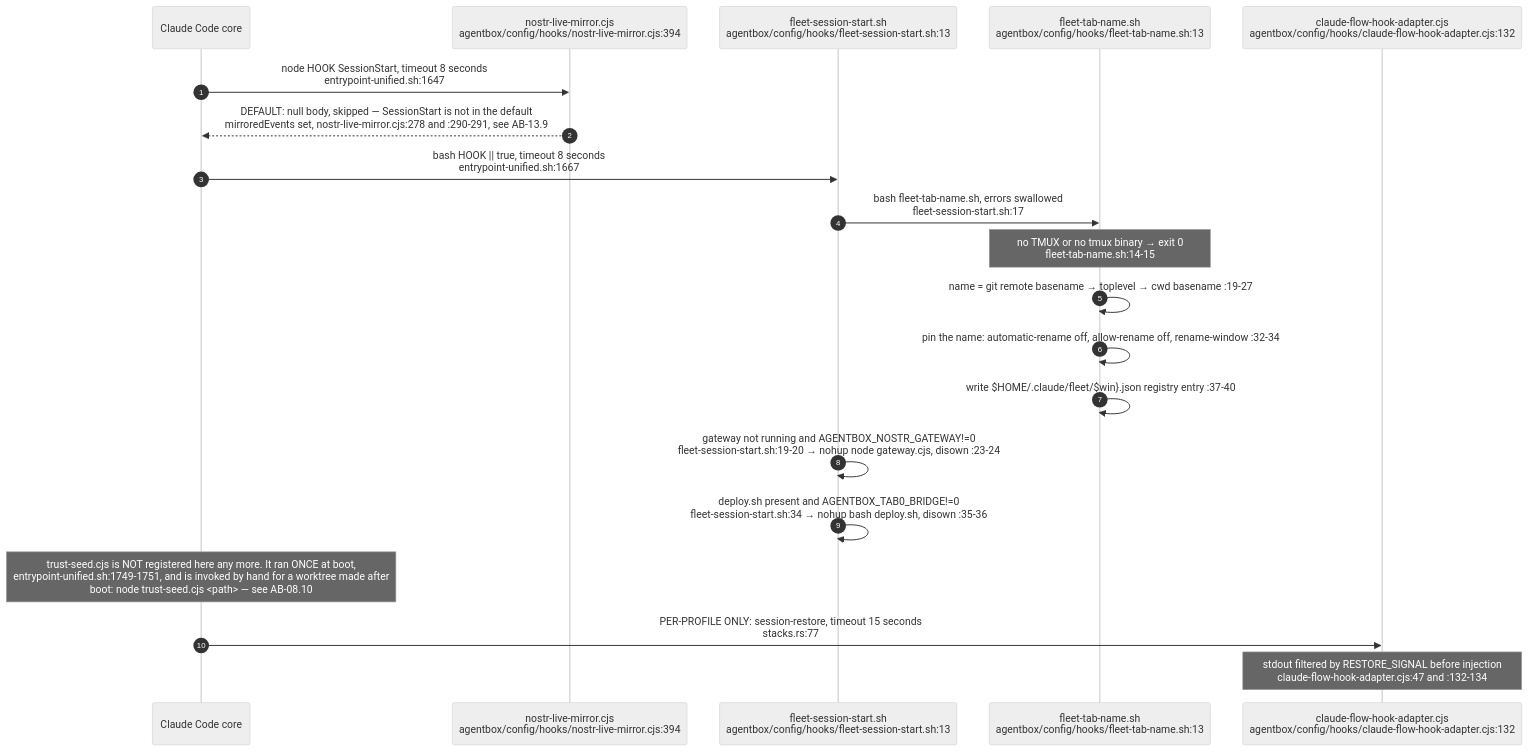
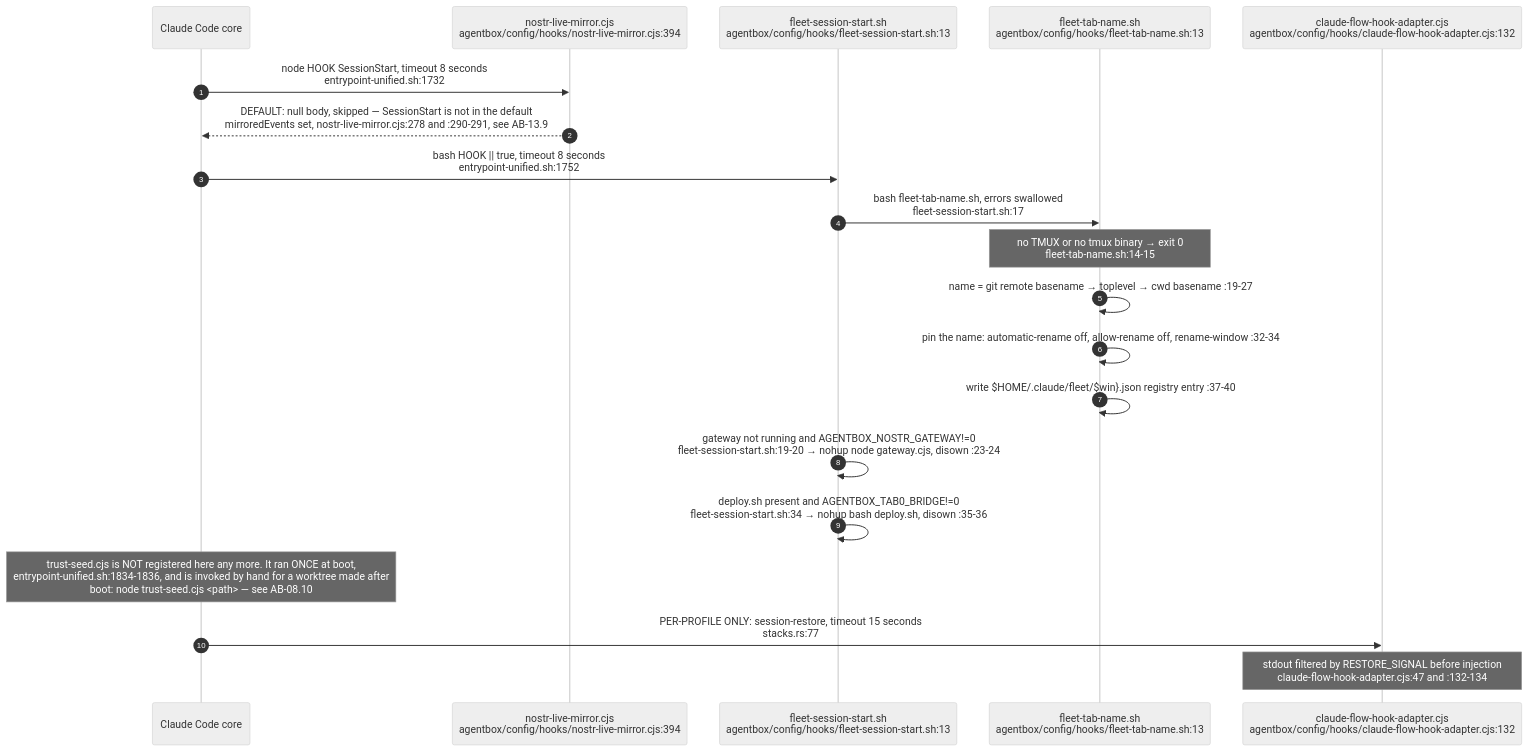
One commit to DreamLab-AI/VisionFlow changed the fourth of 13 diagrams in docs/diagrams/agentbox/08-hooks-pipeline.md. Above: the diagram before and after it, drawn with Mermaid (neutral theme). The commit also changed other lines of this file and 160 other files, not shown here.

````diff
--- a/docs/diagrams/agentbox/08-hooks-pipeline.md
+++ b/docs/diagrams/agentbox/08-hooks-pipeline.md
@@ -176,23 +183,23 @@
 ```mermaid
 sequenceDiagram
     autonumber
     participant CC as Claude Code core
     participant NM as nostr-live-mirror.cjs<br/>agentbox/config/hooks/nostr-live-mirror.cjs:394
     participant FS as fleet-session-start.sh<br/>agentbox/config/hooks/fleet-session-start.sh:13
     participant FTN as fleet-tab-name.sh<br/>agentbox/config/hooks/fleet-tab-name.sh:13
     participant AD as claude-flow-hook-adapter.cjs<br/>agentbox/config/hooks/claude-flow-hook-adapter.cjs:132
 
-    CC->>NM: node HOOK SessionStart, timeout 8 seconds<br/>entrypoint-unified.sh:1647
+    CC->>NM: node HOOK SessionStart, timeout 8 seconds<br/>entrypoint-unified.sh:1732
     NM-->>CC: DEFAULT: null body, skipped — SessionStart is not in the default<br/>mirroredEvents set, nostr-live-mirror.cjs:278 and :290-291, see AB-13.9
-    CC->>FS: bash HOOK #124;#124; true, timeout 8 seconds<br/>entrypoint-unified.sh:1667
+    CC->>FS: bash HOOK #124;#124; true, timeout 8 seconds<br/>entrypoint-unified.sh:1752
     FS->>FTN: bash fleet-tab-name.sh, errors swallowed<br/>fleet-session-start.sh:17
     Note over FTN: no TMUX or no tmux binary → exit 0<br/>fleet-tab-name.sh:14-15
     FTN->>FTN: name = git remote basename → toplevel → cwd basename :19-27
     FTN->>FTN: pin the name: automatic-rename off, allow-rename off, rename-window :32-34
     FTN->>FTN: write $HOME/.claude/fleet/#36;win#125;.json registry entry :37-40
     FS->>FS: gateway not running and AGENTBOX_NOSTR_GATEWAY!=0<br/>fleet-session-start.sh:19-20 → nohup node gateway.cjs, disown :23-24
     FS->>FS: deploy.sh present and AGENTBOX_TAB0_BRIDGE!=0<br/>fleet-session-start.sh:34 → nohup bash deploy.sh, disown :35-36
-    Note over CC: trust-seed.cjs is NOT registered here any more. It ran ONCE at boot,<br/>entrypoint-unified.sh:1749-1751, and is invoked by hand for a worktree made after<br/>boot: node trust-seed.cjs #60;path#62; — see AB-08.10
+    Note over CC: trust-seed.cjs is NOT registered here any more. It ran ONCE at boot,<br/>entrypoint-unified.sh:1834-1836, and is invoked by hand for a worktree made after<br/>boot: node trust-seed.cjs #60;path#62; — see AB-08.10
     CC->>AD: PER-PROFILE ONLY: session-restore, timeout 15 seconds<br/>stacks.rs:77
     Note over AD: stdout filtered by RESTORE_SIGNAL before injection<br/>claude-flow-hook-adapter.cjs:47 and :132-134
 ```
````
